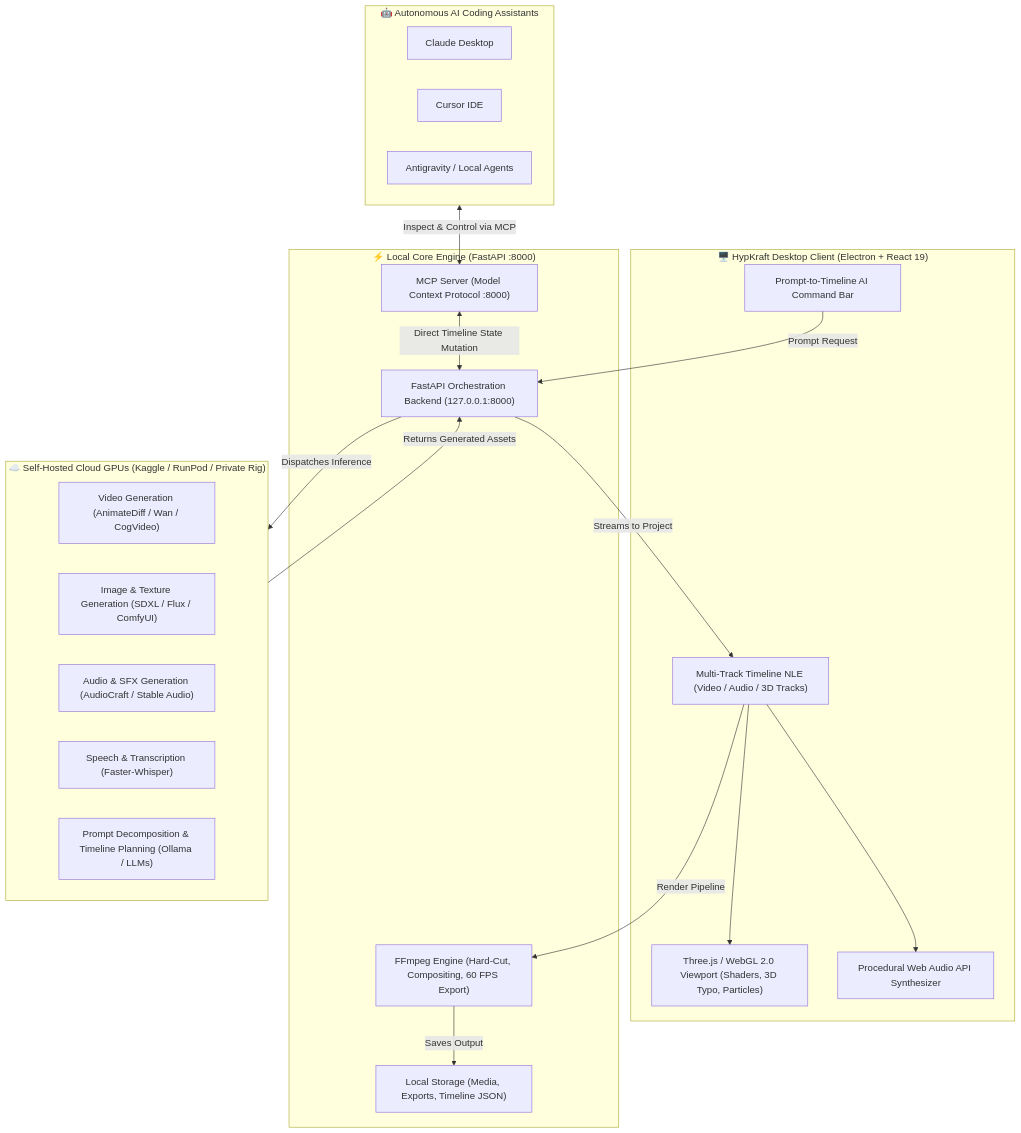
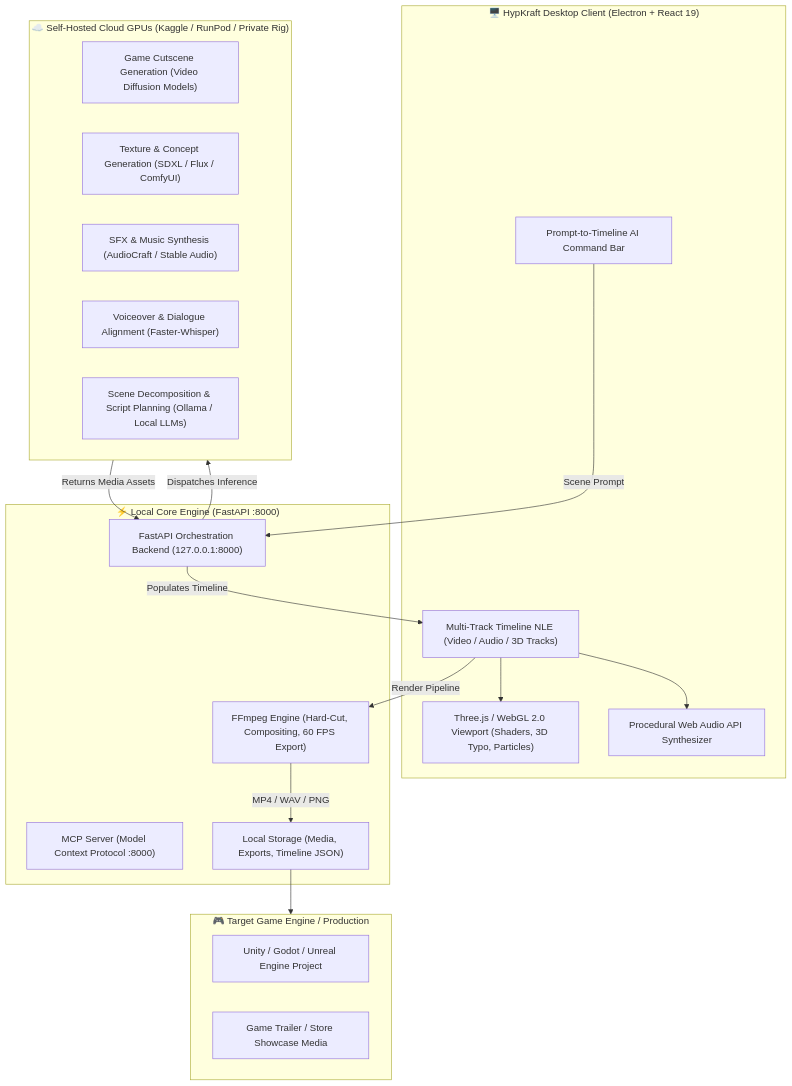
Before and after one commit to VR-WebSpider/HypKraft-Studio: the first of 2 diagrams in README.md, drawn with Mermaid. The commit also changed other lines of this file and 1 other file, not shown here.

Commit message:
Refactor project positioning: internal game asset and cutscene pipeline tool for indie studio

````diff
--- a/README.md
+++ b/README.md
@@ -42,42 +41,39 @@
 ```mermaid
 flowchart TD
     subgraph UI ["🖥️ HypKraft Desktop Client (Electron + React 19)"]
         NLE["Multi-Track Timeline NLE (Video / Audio / 3D Tracks)"]
         ThreeCanvas["Three.js / WebGL 2.0 Viewport (Shaders, 3D Typo, Particles)"]
         PromptBar["Prompt-to-Timeline AI Command Bar"]
         WebAudio["Procedural Web Audio API Synthesizer"]
     end
 
     subgraph LocalCore ["⚡ Local Core Engine (FastAPI :8000)"]
         FastAPI["FastAPI Orchestration Backend (127.0.0.1:8000)"]
         FFmpegEngine["FFmpeg Engine (Hard-Cut, Compositing, 60 FPS Export)"]
         MCPServer["MCP Server (Model Context Protocol :8000)"]
         LocalStorage["Local Storage (Media, Exports, Timeline JSON)"]
     end
 
     subgraph CloudGPU ["☁️ Self-Hosted Cloud GPUs (Kaggle / RunPod / Private Rig)"]
-        VideoGen["Video Generation (AnimateDiff / Wan / CogVideo)"]
-        ImageGen["Image & Texture Generation (SDXL / Flux / ComfyUI)"]
-        AudioGen["Audio & SFX Generation (AudioCraft / Stable Audio)"]
-        SpeechWhisper["Speech & Transcription (Faster-Whisper)"]
-        LocalLLM["Prompt Decomposition & Timeline Planning (Ollama / LLMs)"]
+        VideoGen["Game Cutscene Generation (Video Diffusion Models)"]
+        ImageGen["Texture & Concept Generation (SDXL / Flux / ComfyUI)"]
+        AudioGen["SFX & Music Synthesis (AudioCraft / Stable Audio)"]
+        SpeechWhisper["Voiceover & Dialogue Alignment (Faster-Whisper)"]
+        LocalLLM["Scene Decomposition & Script Planning (Ollama / Local LLMs)"]
     end
 
-    subgraph ExternalAgents ["🤖 Autonomous AI Coding Assistants"]
-        Claude["Claude Desktop"]
-        Cursor["Cursor IDE"]
-        Antigravity["Antigravity / Local Agents"]
+    subgraph GameProject ["🎮 Target Game Engine / Production"]
+        UnityBuild["Unity / Godot / Unreal Engine Project"]
+        GameTrailers["Game Trailer / Store Showcase Media"]
     end
 
-    PromptBar -->|Prompt Request| FastAPI
+    PromptBar -->|Scene Prompt| FastAPI
     FastAPI -->|Dispatches Inference| CloudGPU
-    CloudGPU -->|Returns Generated Assets| FastAPI
-    FastAPI -->|Streams to Project| NLE
+    CloudGPU -->|Returns Media Assets| FastAPI
+    FastAPI -->|Populates Timeline| NLE
     NLE --> ThreeCanvas
     NLE --> WebAudio
     NLE -->|Render Pipeline| FFmpegEngine
-    FFmpegEngine -->|Saves Output| LocalStorage
-
-    ExternalAgents <-->|Inspect & Control via MCP| MCPServer
-    MCPServer <-->|Direct Timeline State Mutation| FastAPI
+    FFmpegEngine -->|MP4 / WAV / PNG| LocalStorage
+    LocalStorage --> GameProject
 ```
````
